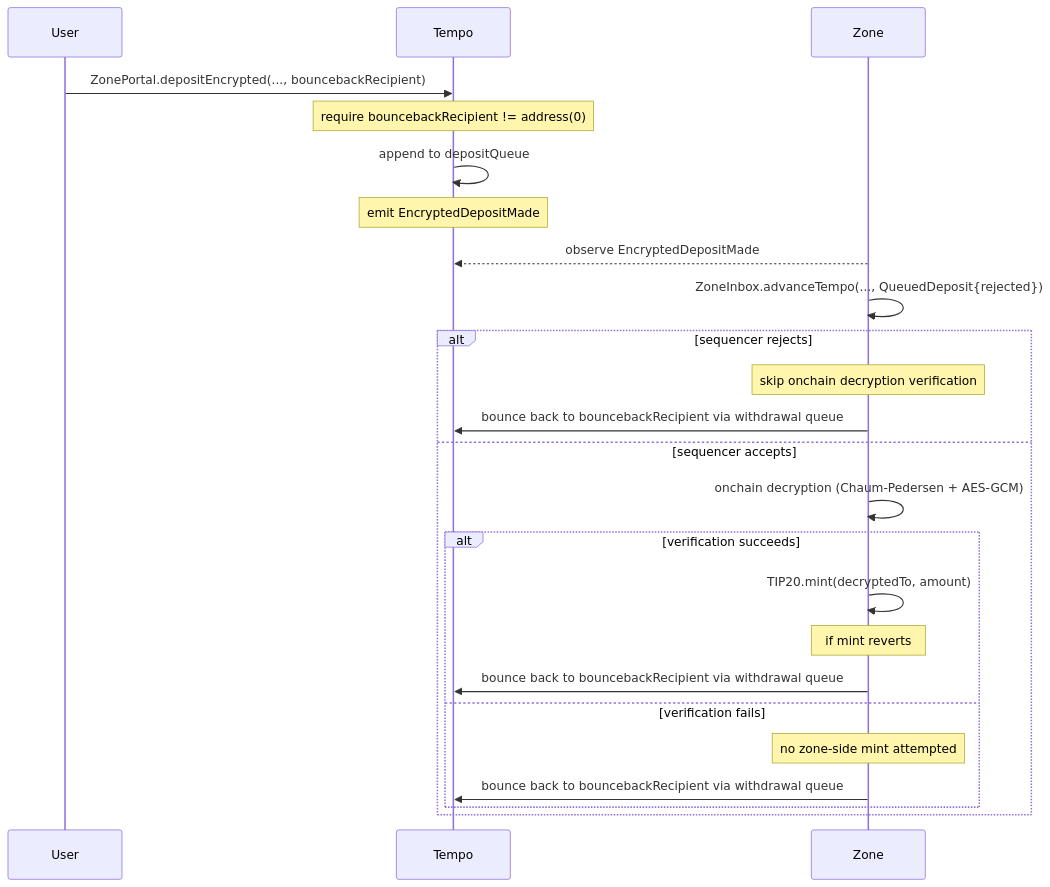
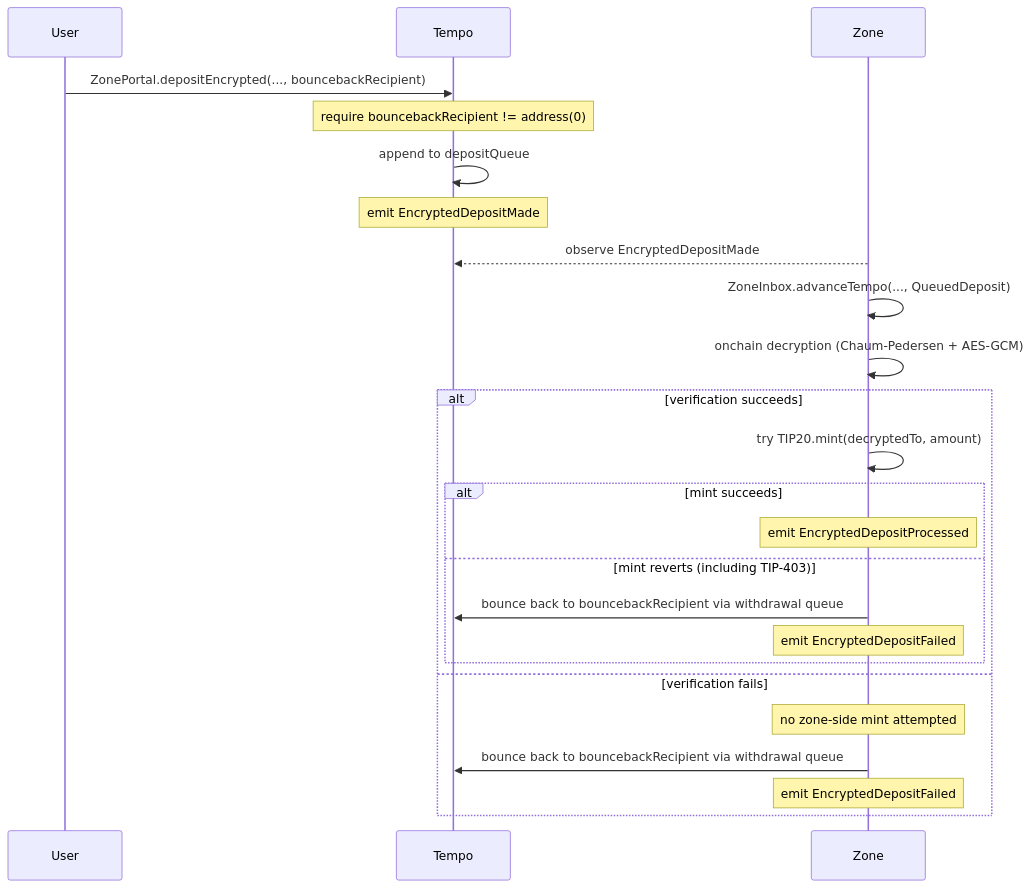
Before and after one commit to Dustin4444/zones: the third of 6 diagrams in specs/spec.md, drawn with Mermaid. The commit also changed other lines of this file, not shown here.

First line of the commit message:
docs(inbox): drop sequencer-controlled `QueueDeposit.rejected` (#721)

````diff
--- a/specs/spec.md
+++ b/specs/spec.md
@@ -460,27 +460,27 @@
 ```mermaid
 sequenceDiagram
     participant U as User
     participant T as Tempo
     participant Z as Zone
 
     U->>T: ZonePortal.depositEncrypted(..., bouncebackRecipient)
     Note over T: require bouncebackRecipient != address(0)
     T->>T: append to depositQueue
     Note over T: emit EncryptedDepositMade
     Z-->>T: observe EncryptedDepositMade
-    Z->>Z: ZoneInbox.advanceTempo(..., QueuedDeposit{rejected})
-    alt sequencer rejects
-        Note over Z: skip onchain decryption verification
+    Z->>Z: ZoneInbox.advanceTempo(..., QueuedDeposit)
+    Z->>Z: onchain decryption (Chaum-Pedersen + AES-GCM)
+    alt verification succeeds
+        Z->>Z: try TIP20.mint(decryptedTo, amount)
+        alt mint succeeds
+            Note over Z: emit EncryptedDepositProcessed
+        else mint reverts (including TIP-403)
+            Z->>T: bounce back to bouncebackRecipient via withdrawal queue
+            Note over Z: emit EncryptedDepositFailed
+        end
+    else verification fails
+        Note over Z: no zone-side mint attempted
         Z->>T: bounce back to bouncebackRecipient via withdrawal queue
-    else sequencer accepts
-        Z->>Z: onchain decryption (Chaum-Pedersen + AES-GCM)
-        alt verification succeeds
-            Z->>Z: TIP20.mint(decryptedTo, amount)
-            Note over Z: if mint reverts
-            Z->>T: bounce back to bouncebackRecipient via withdrawal queue
-        else verification fails
-            Note over Z: no zone-side mint attempted
-            Z->>T: bounce back to bouncebackRecipient via withdrawal queue
-        end
+        Note over Z: emit EncryptedDepositFailed
     end
 ```
````
